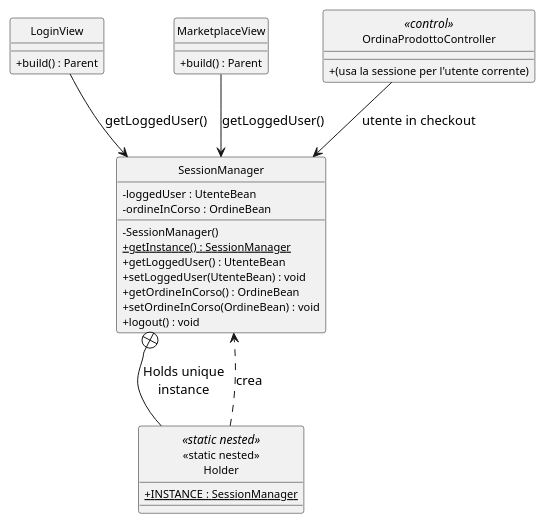
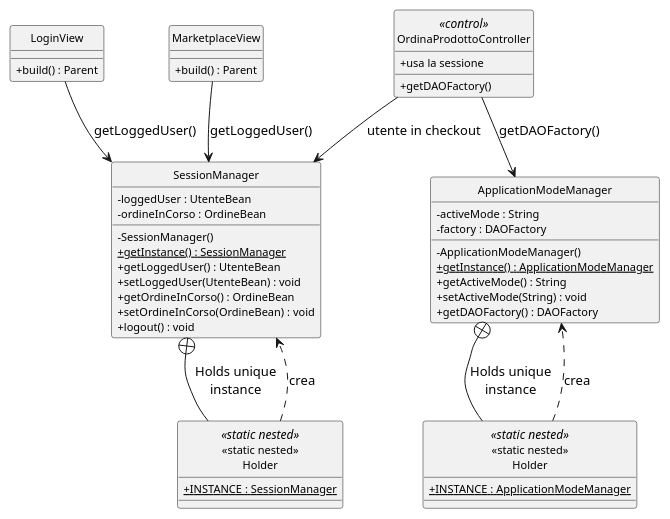
One commit to Damiano-o/test changed the diagram in docs/relazione_italiana/figures/dl_singleton.puml. Above: the diagram before and after it, drawn with PlantUML. The commit also changed 3 other files, not shown here.

Commit message:
docs: Singleton — aggiunto ApplicationModeManager (2 Singleton in stile Holder: SessionManager + ApplicationModeManager)

```diff
--- a/docs/relazione_italiana/figures/dl_singleton.puml
+++ b/docs/relazione_italiana/figures/dl_singleton.puml
@@ -1,52 +1,70 @@
 @startuml
 skinparam style strictuml
 skinparam classAttributeIconSize 0
-skinparam nodesep 55
-skinparam ranksep 55
+skinparam nodesep 50
+skinparam ranksep 45
 skinparam classFontSize 12
 skinparam classAttributeFontSize 11
 top to bottom direction
 
 ' ============================================================
-' Design-level — Singleton (sessione utente)
-' Stile EventBus: Holder idiom con <<static nested>> e freccia
-' "Holds unique instance".
+' Design-level — Singleton (sessione utente e modalità applicativa)
+' Stile EventBus/Holder: classe client -> Singleton,
+' <<static nested>> Holder con INSTANCE, freccia "Holds unique instance".
 ' ============================================================
 
 ' ---------- Client / chi usa il Singleton ----------
 class "LoginView" {
   + build() : Parent
 }
 class "MarketplaceView" {
   + build() : Parent
 }
 class "OrdinaProdottoController" <<control>> {
-  + (usa la sessione per l'utente corrente)
+  + usa la sessione
+  + getDAOFactory()
 }
 
-LoginView --> SessionManager : getLoggedUser()
-MarketplaceView --> SessionManager : getLoggedUser()
-OrdinaProdottoController --> SessionManager : utente in checkout
-
-' ---------- Singleton ----------
+' ---------- Singleton 1: sessione utente ----------
 class "SessionManager" {
   - loggedUser : UtenteBean
   - ordineInCorso : OrdineBean
   - SessionManager()
   {static} + getInstance() : SessionManager
   + getLoggedUser() : UtenteBean
   + setLoggedUser(UtenteBean) : void
   + getOrdineInCorso() : OrdineBean
   + setOrdineInCorso(OrdineBean) : void
   + logout() : void
 }
 
-' ---------- Holder (istanza unica) ----------
-class "«static nested»\nHolder" as HOLDER <<static nested>> {
+class "«static nested»\nHolder" as H1 <<static nested>> {
   {static} + INSTANCE : SessionManager
 }
+SessionManager +-- H1 : "Holds unique\ninstance"
+H1 ..> SessionManager : crea
 
-SessionManager +-- HOLDER : "Holds unique\ninstance"
-HOLDER ..> SessionManager : crea
+' ---------- Singleton 2: modalità applicativa ----------
+class "ApplicationModeManager" {
+  - activeMode : String
+  - factory : DAOFactory
+  - ApplicationModeManager()
+  {static} + getInstance() : ApplicationModeManager
+  + getActiveMode() : String
+  + setActiveMode(String) : void
+  + getDAOFactory() : DAOFactory
+}
+
+class "«static nested»\nHolder" as H2 <<static nested>> {
+  {static} + INSTANCE : ApplicationModeManager
+}
+ApplicationModeManager +-- H2 : "Holds unique\ninstance"
+H2 ..> ApplicationModeManager : crea
+
+' ---------- usi ----------
+LoginView --> SessionManager : getLoggedUser()
+MarketplaceView --> SessionManager : getLoggedUser()
+OrdinaProdottoController --> SessionManager : utente in checkout
+OrdinaProdottoController --> ApplicationModeManager : getDAOFactory()
 
 @enduml
```
